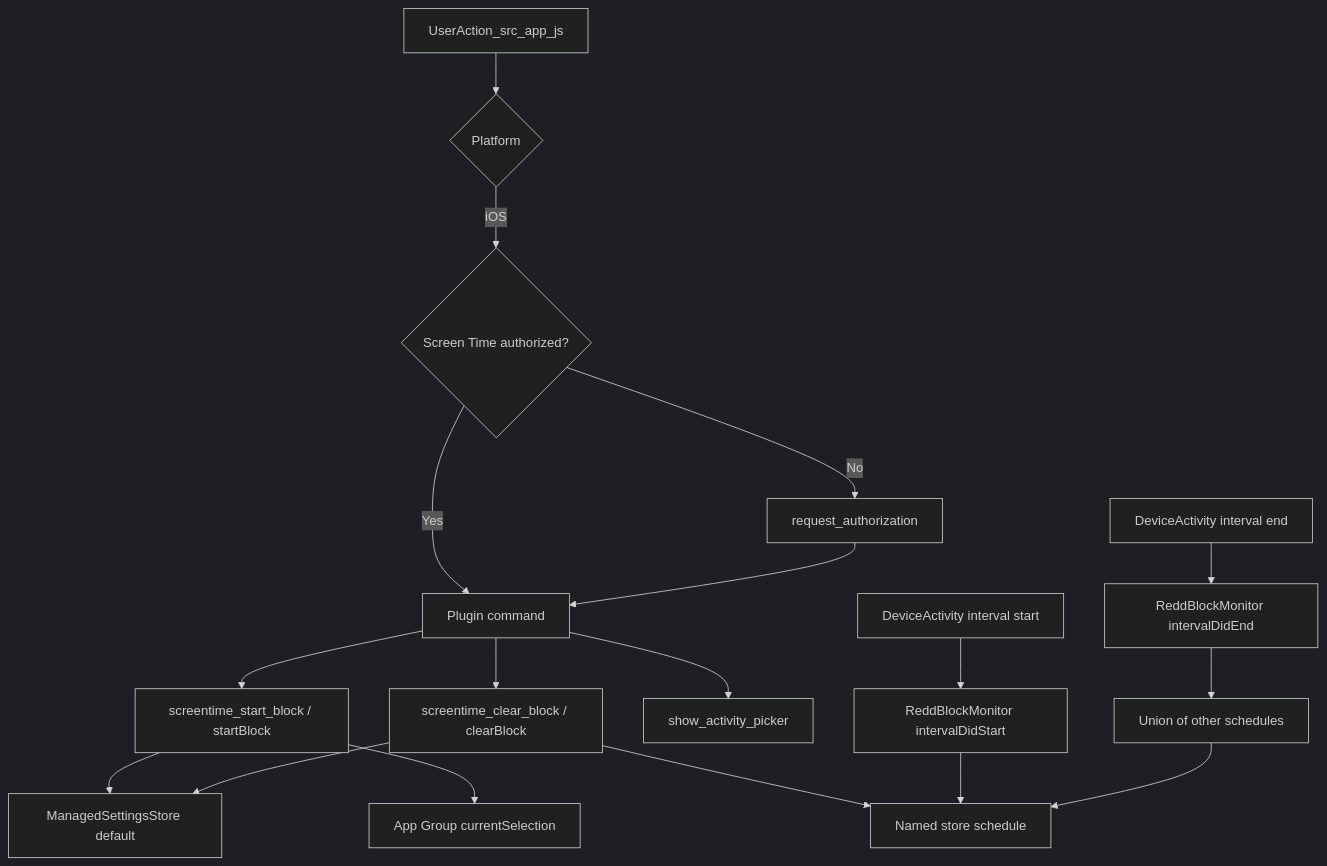
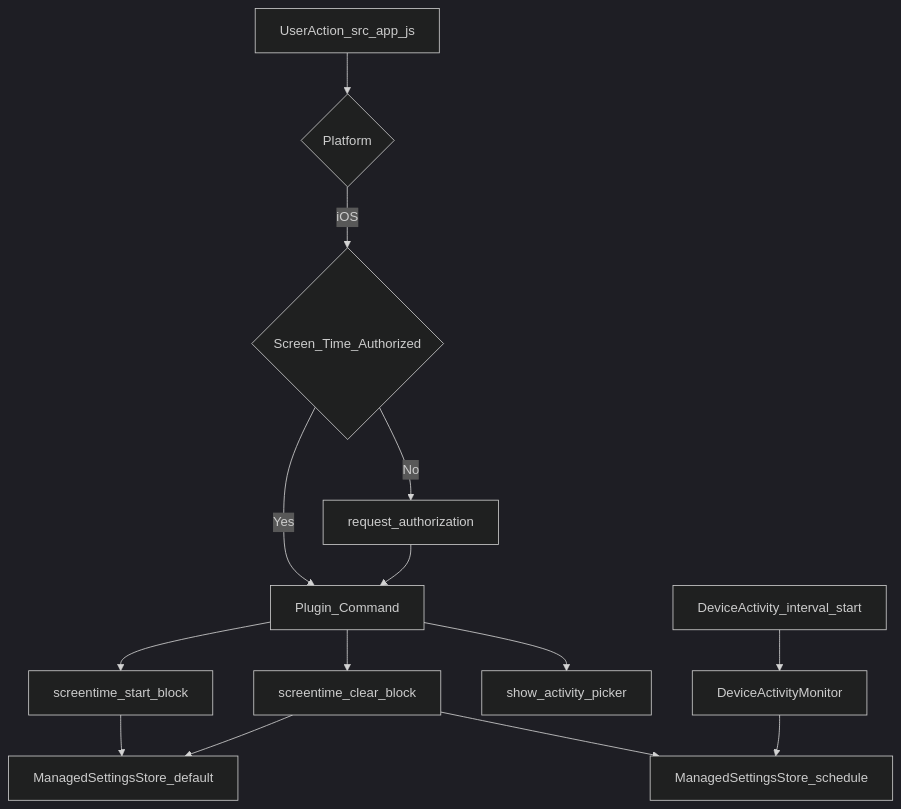
Before and after one commit to kasnder/redd-block: diagram 13 of 13 in architecture.md, drawn with Mermaid (dark theme). The commit also changed other lines of this file, not shown here.

Commit message:
update to reflect current state of world

````diff
--- a/architecture.md
+++ b/architecture.md
@@ -681,20 +823,16 @@
 ```mermaid
 flowchart TD
     ui[UserAction_src_app_js] --> branch{Platform}
-    branch -->|iOS| auth{Screen Time authorized?}
+    branch -->|iOS| auth{Screen_Time_Authorized}
     auth -->|No| requestAuth[request_authorization]
-    auth -->|Yes| cmd[Plugin command]
+    auth -->|Yes| cmd[Plugin_Command]
     requestAuth --> cmd
-    cmd --> startBlock[screentime_start_block / startBlock]
-    cmd --> clearBlock[screentime_clear_block / clearBlock]
+    cmd --> startBlock[screentime_start_block]
+    cmd --> clearBlock[screentime_clear_block]
     cmd --> picker[show_activity_picker]
-    startBlock --> defaultStore[ManagedSettingsStore default]
-    startBlock --> selection[App Group currentSelection]
+    startBlock --> defaultStore[ManagedSettingsStore_default]
     clearBlock --> defaultStore
-    clearBlock --> scheduleStore[Named store schedule]
-    scheduleStart[DeviceActivity interval start] --> monitor[ReddBlockMonitor intervalDidStart]
+    clearBlock --> scheduleStore[ManagedSettingsStore_schedule]
+    scheduleStart[DeviceActivity_interval_start] --> monitor[DeviceActivityMonitor]
     monitor --> scheduleStore
-    scheduleEnd[DeviceActivity interval end] --> monitorEnd[ReddBlockMonitor intervalDidEnd]
-    monitorEnd --> merge[Union of other schedules]
-    merge --> scheduleStore
 ```
````
